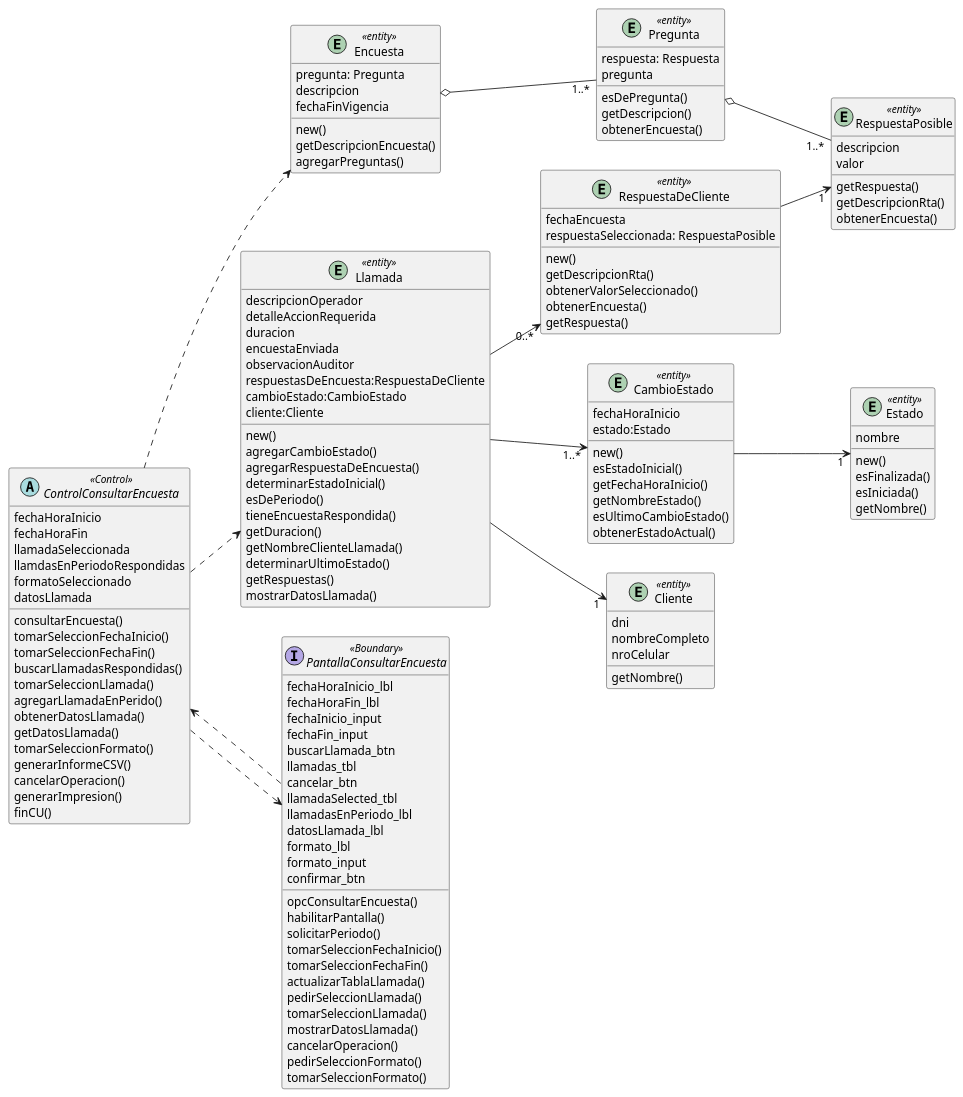
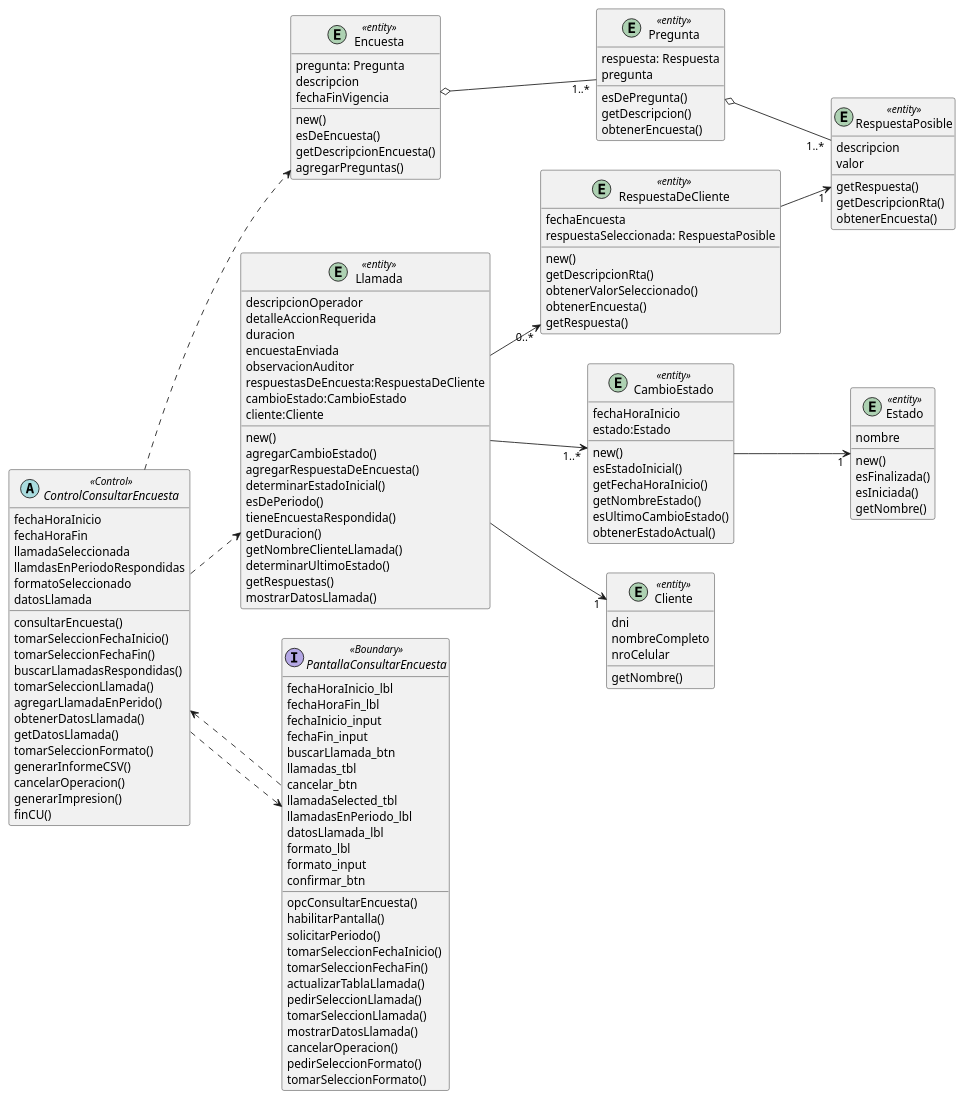
One commit to ReynaTeodoro/2023DSI changed the diagram in PPAI/Sequence/cu44 classDiagram.puml. Above: the diagram before and after it, drawn with PlantUML.

Commit message:
🎈Class

```diff
--- a/PPAI/Sequence/cu44 classDiagram.puml
+++ b/PPAI/Sequence/cu44 classDiagram.puml
@@ -1,167 +1,168 @@
 @startuml
 left to right direction
 
 entity Llamada <<entity>>{
 descripcionOperador
 detalleAccionRequerida
 duracion
 encuestaEnviada
 observacionAuditor
 respuestasDeEncuesta:RespuestaDeCliente
 cambioEstado:CambioEstado
 cliente:Cliente
 
 new()
 agregarCambioEstado()
 agregarRespuestaDeEncuesta()
 determinarEstadoInicial()
 esDePeriodo()
 tieneEncuestaRespondida()
 getDuracion()
 getNombreClienteLlamada()
 determinarUltimoEstado()
 getRespuestas()
 mostrarDatosLlamada()
 
 }
 
 entity RespuestaDeCliente <<entity>>{
 fechaEncuesta
 respuestaSeleccionada: RespuestaPosible
 
 new()
 getDescripcionRta()
 obtenerValorSeleccionado()
 obtenerEncuesta()
 getRespuesta()
 }
 
 entity RespuestaPosible <<entity>>{
 descripcion
 valor
 getRespuesta()
 getDescripcionRta()
 obtenerEncuesta()
 }
 
 entity Pregunta<<entity>>{
 respuesta: Respuesta
 pregunta
 
 esDePregunta()
 getDescripcion()
 obtenerEncuesta()
 }
 
 entity Encuesta<<entity>>{
 pregunta: Pregunta
 descripcion
 fechaFinVigencia
 
 new()
+esDeEncuesta()
 getDescripcionEncuesta()
 agregarPreguntas()
 }
 
 entity CambioEstado <<entity>>{
 fechaHoraInicio
 estado:Estado
 
 new()
 esEstadoInicial()
 getFechaHoraInicio()
 getNombreEstado()
 esUltimoCambioEstado()
 obtenerEstadoActual()
 }
 
 entity Estado <<entity>>{
 nombre
 
 new()
 esFinalizada()
 esIniciada()
 getNombre()
 }
 
 entity Cliente <<entity>>{
 dni
 nombreCompleto
 nroCelular
 
 getNombre()
 }
 
 interface PantallaConsultarEncuesta<<Boundary>>{
 fechaHoraInicio_lbl
 fechaHoraFin_lbl
 fechaInicio_input
 fechaFin_input
 buscarLlamada_btn
 llamadas_tbl
 cancelar_btn
 llamadaSelected_tbl
 llamadasEnPeriodo_lbl
 datosLlamada_lbl
 formato_lbl
 formato_input
 confirmar_btn
 
 
 
 opcConsultarEncuesta()
 habilitarPantalla()
 solicitarPeriodo()
 tomarSeleccionFechaInicio()
 tomarSeleccionFechaFin()
 actualizarTablaLlamada()
 pedirSeleccionLlamada()
 tomarSeleccionLlamada()
 mostrarDatosLlamada()
 cancelarOperacion()
 pedirSeleccionFormato()
 tomarSeleccionFormato()
 }
 
 
 abstract ControlConsultarEncuesta<<Control>>{
 fechaHoraInicio
 fechaHoraFin
 llamadaSeleccionada
 llamdasEnPeriodoRespondidas
 formatoSeleccionado
 datosLlamada
 
 consultarEncuesta()
 tomarSeleccionFechaInicio()
 tomarSeleccionFechaFin()
 buscarLlamadasRespondidas()
 tomarSeleccionLlamada()
 agregarLlamadaEnPerido()
 obtenerDatosLlamada()
 getDatosLlamada()
 tomarSeleccionFormato()
 generarInformeCSV()
 cancelarOperacion()
 generarImpresion()
 finCU()
 }
 
 Llamada -->"0..*" RespuestaDeCliente
 RespuestaDeCliente -->"1" RespuestaPosible
 Encuesta o--"1..*" Pregunta 
 Pregunta o--"1..*" RespuestaPosible
 
 Llamada -->"1..*"CambioEstado
 CambioEstado-->"1"Estado
 
 Llamada -->"1"Cliente
 
 ControlConsultarEncuesta ..> PantallaConsultarEncuesta
 ControlConsultarEncuesta <.. PantallaConsultarEncuesta
 
 ControlConsultarEncuesta ..> Llamada
 ControlConsultarEncuesta ..> Encuesta
 
 
 @enduml
```
